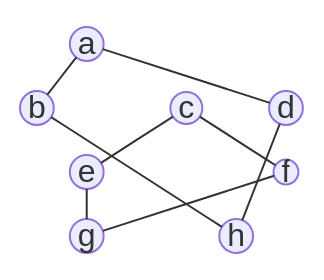
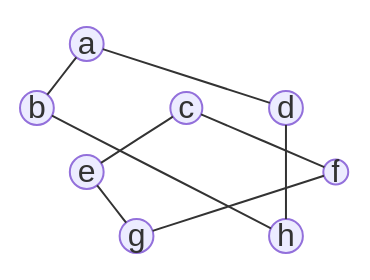
Before and after one commit to BenhurUFSM/l226b: the third of 3 diagrams in Assuntos/grafo.md, drawn with Mermaid. The commit also changed 1 other file, not shown here.

````diff
--- a/Assuntos/grafo.md
+++ b/Assuntos/grafo.md
@@ -456,16 +456,16 @@
 ```mermaid
 block
 columns 7
 space a(("a")) space:5
 b(("b")) space:2 c(("c")) space d(("d")) space
-space e(("e")) space:3 f(("f"))
+space e(("e")) space:4 f(("f"))
 space:2 g(("g")) space:2 h(("h")) space
 a---b
 b---h
 h---d
 d---a
 c---f
 f---g
 g---e
 e---c
 ```
````
